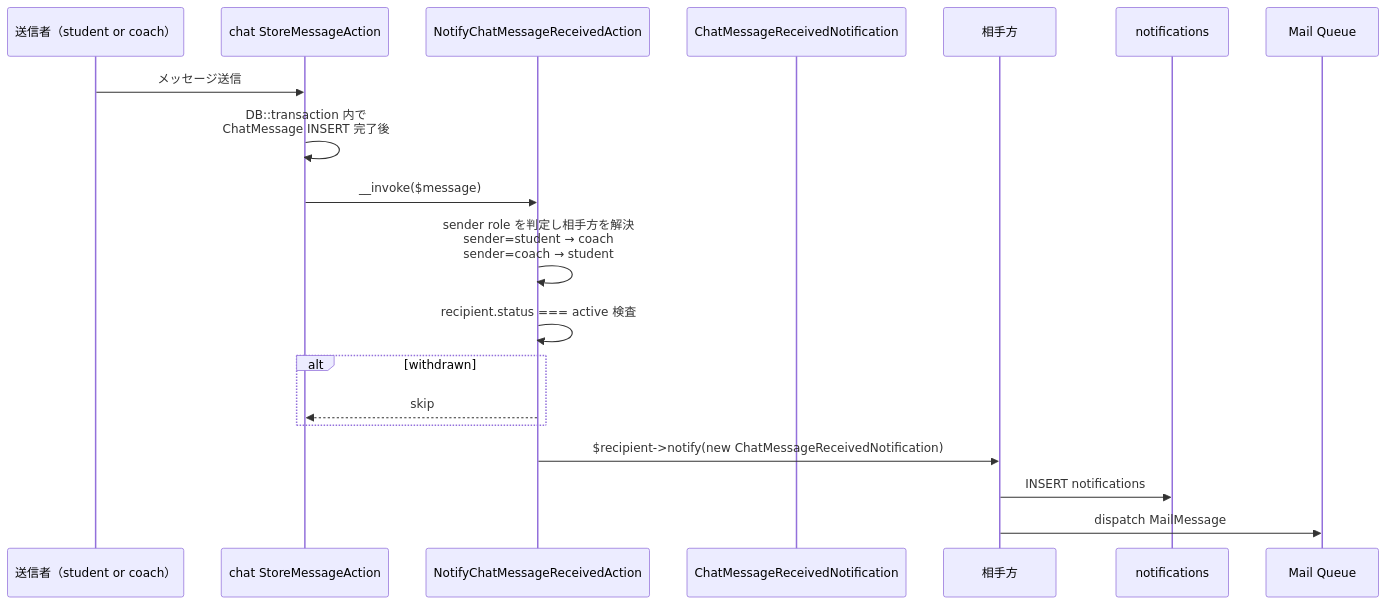
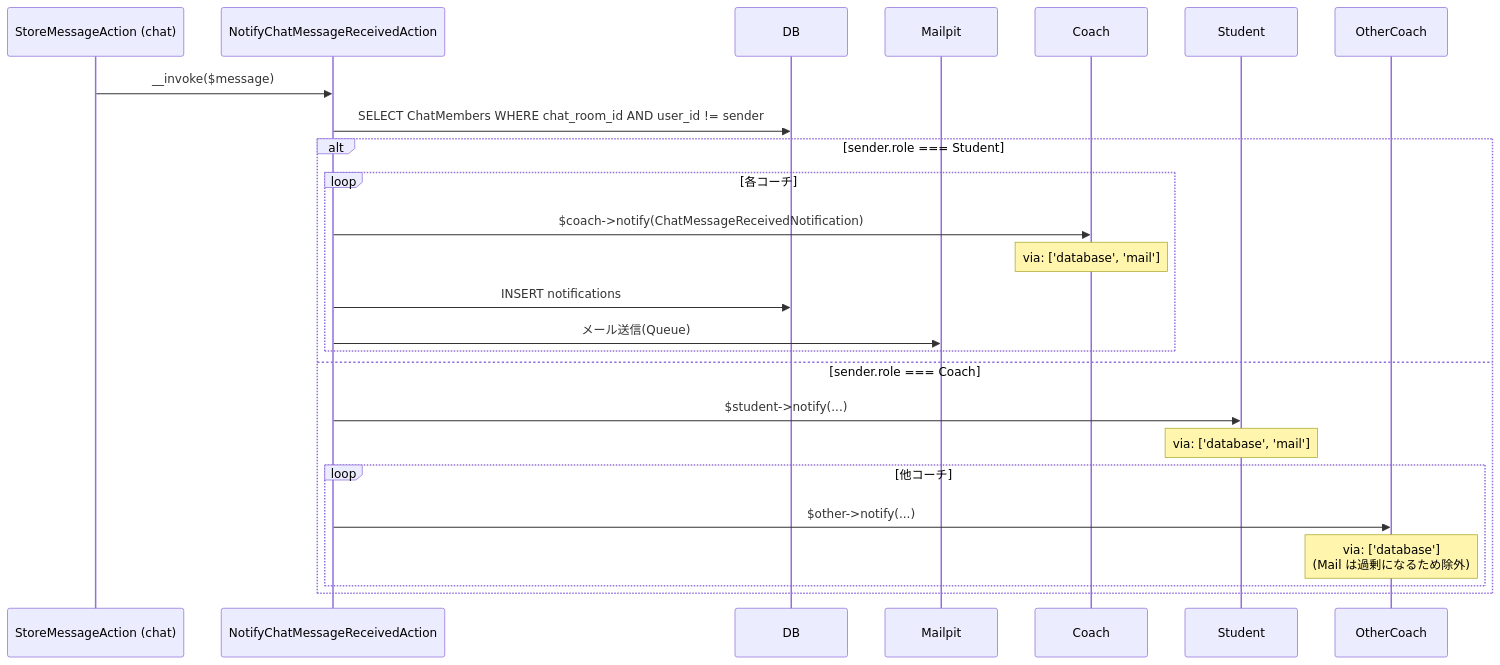
The second of 4 diagrams in docs/specs/notification/design.md (coachtech-mockcase-second/ExampleAnswer-mockcase-CertifyLMS), drawn with Mermaid before and after one commit. The commit also changed other lines of this file and 67 other files, not shown here.

````diff
--- a/docs/specs/notification/design.md
+++ b/docs/specs/notification/design.md
@@ -61,22 +77,25 @@
 ```mermaid
 sequenceDiagram
-    participant Sender as 送信者（student or coach）
-    participant ChatSMA as chat StoreMessageAction
-    participant NotifyA as NotifyChatMessageReceivedAction
-    participant NClass as ChatMessageReceivedNotification
-    participant Recipient as 相手方
-    participant DB as notifications
-    participant Mail as Mail Queue
+    participant SMA as StoreMessageAction (chat)
+    participant Notif as NotifyChatMessageReceivedAction
+    participant DB as DB
+    participant Mail as Mailpit
 
-    Sender->>ChatSMA: メッセージ送信
-    ChatSMA->>ChatSMA: DB::transaction 内で<br/>ChatMessage INSERT 完了後
-    ChatSMA->>NotifyA: __invoke($message)
-    NotifyA->>NotifyA: sender role を判定し相手方を解決<br/>sender=student → coach<br/>sender=coach → student
-    NotifyA->>NotifyA: recipient.status === active 検査
-    alt withdrawn
-        NotifyA-->>ChatSMA: skip
+    SMA->>Notif: __invoke($message)
+    Notif->>DB: SELECT ChatMembers WHERE chat_room_id AND user_id != sender
+    alt sender.role === Student
+        loop 各コーチ
+            Notif->>Coach: $coach->notify(ChatMessageReceivedNotification)
+            Note over Coach: via: ['database', 'mail']
+            Notif->>DB: INSERT notifications
+            Notif->>Mail: メール送信(Queue)
+        end
+    else sender.role === Coach
+        Notif->>Student: $student->notify(...)
+        Note over Student: via: ['database', 'mail']
+        loop 他コーチ
+            Notif->>OtherCoach: $other->notify(...)
+            Note over OtherCoach: via: ['database']<br/>(Mail は過剰になるため除外)
+        end
     end
-    NotifyA->>Recipient: $recipient->notify(new ChatMessageReceivedNotification)
-    Recipient->>DB: INSERT notifications
-    Recipient->>Mail: dispatch MailMessage
 ```
````
